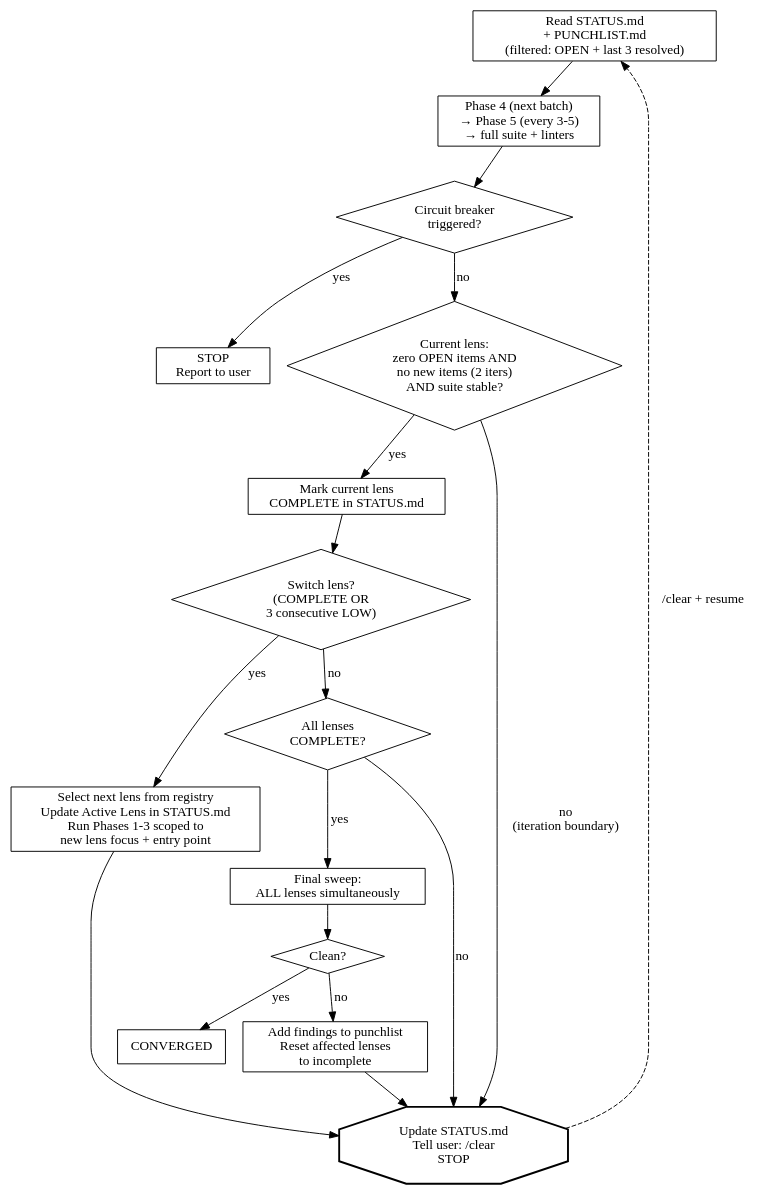
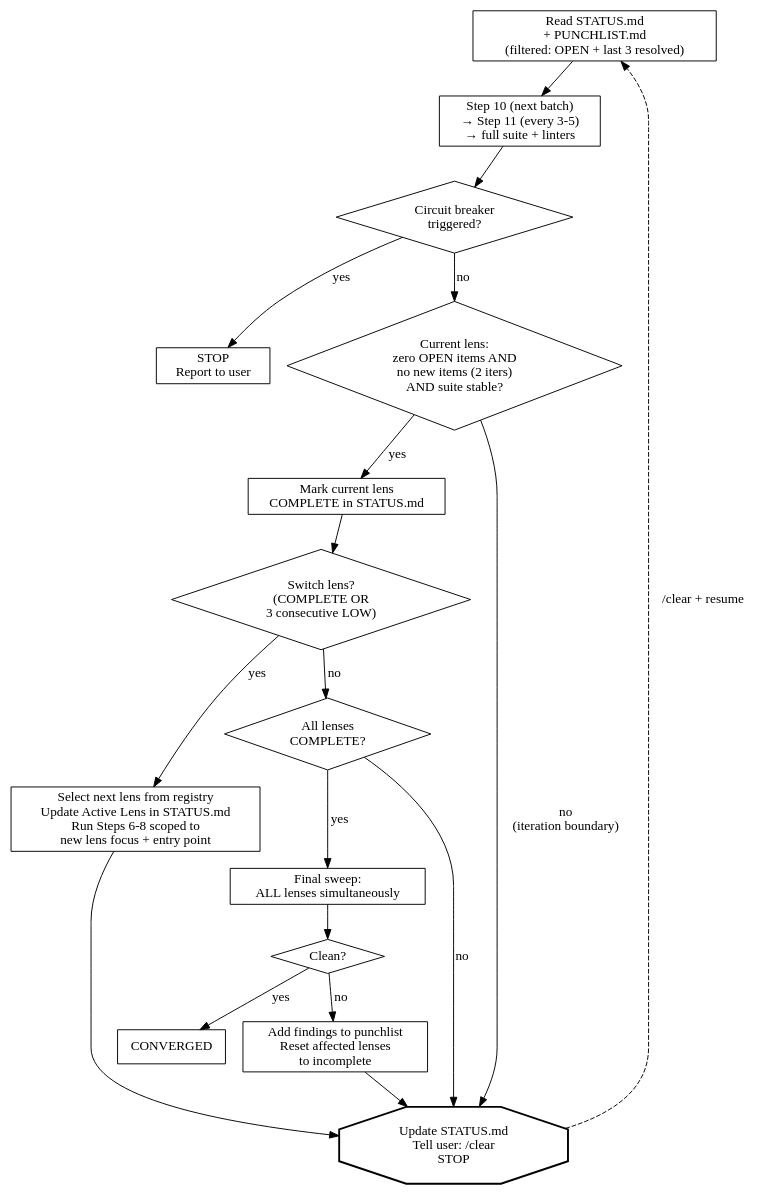
Before and after one commit to jbrjake/holtz: the second of 2 diagrams in skills/holtz/SKILL.md, drawn with Graphviz. The commit also changed other lines of this file and 1 other file, not shown here.

First line of the commit message:
feat: rewrite SKILL.md process flow to Step 0-20

````diff
--- a/skills/holtz/SKILL.md
+++ b/skills/holtz/SKILL.md
@@ -276,39 +319,39 @@
 ```dot
 digraph {
   rankdir=TB
   node [shape=box]
 
   recover [label="Read STATUS.md\n+ PUNCHLIST.md\n(filtered: OPEN + last 3 resolved)"]
-  fix_loop [label="Phase 4 (next batch)\n→ Phase 5 (every 3-5)\n→ full suite + linters"]
+  fix_loop [label="Step 10 (next batch)\n→ Step 11 (every 3-5)\n→ full suite + linters"]
   breaker [label="Circuit breaker\ntriggered?" shape=diamond]
   stop [label="STOP\nReport to user"]
   lens_clean [label="Current lens:\nzero OPEN items AND\nno new items (2 iters)\nAND suite stable?" shape=diamond]
   mark [label="Mark current lens\nCOMPLETE in STATUS.md"]
   switch [label="Switch lens?\n(COMPLETE OR\n3 consecutive LOW)" shape=diamond]
-  next_lens [label="Select next lens from registry\nUpdate Active Lens in STATUS.md\nRun Phases 1-3 scoped to\nnew lens focus + entry point"]
+  next_lens [label="Select next lens from registry\nUpdate Active Lens in STATUS.md\nRun Steps 6-8 scoped to\nnew lens focus + entry point"]
   all_done [label="All lenses\nCOMPLETE?" shape=diamond]
   final [label="Final sweep:\nALL lenses simultaneously"]
   clean [label="Clean?" shape=diamond]
   converged [label="CONVERGED"]
   reset [label="Add findings to punchlist\nReset affected lenses\nto incomplete"]
   boundary [label="Update STATUS.md\nTell user: /clear\nSTOP" shape=octagon style=bold]
 
   recover -> fix_loop
   fix_loop -> breaker
   breaker -> stop [label="yes"]
   breaker -> lens_clean [label="no"]
   lens_clean -> mark [label="yes"]
   lens_clean -> boundary [label="no\n(iteration boundary)"]
   mark -> switch
   switch -> next_lens [label="yes"]
   switch -> all_done [label="no"]
   next_lens -> boundary
   all_done -> final [label="yes"]
   all_done -> boundary [label="no"]
   final -> clean
   clean -> converged [label="yes"]
   clean -> reset [label="no"]
   reset -> boundary
   boundary -> recover [style=dashed label="/clear + resume"]
 }
 ```
````
